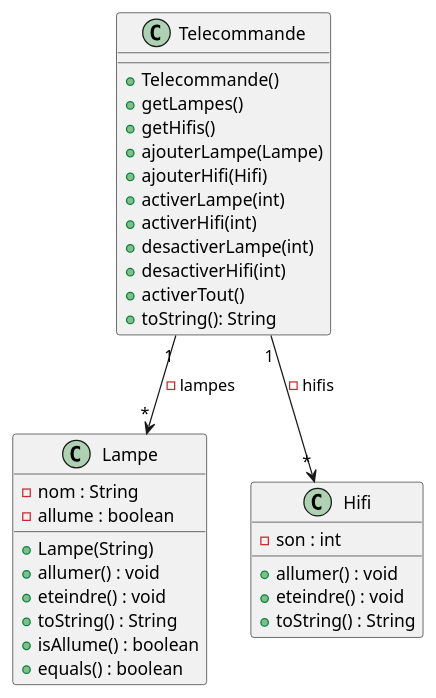
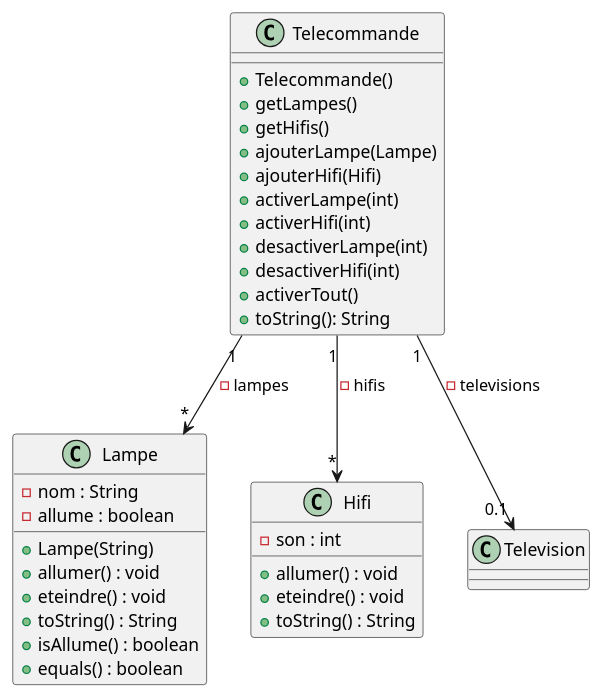
Before and after one commit to alannMonnier/2023_domotique_monnierb2u_segard6u: the diagram in domotique/domotique.puml, drawn with PlantUML.

Commit message:
modif UML

```diff
--- a/domotique/domotique.puml
+++ b/domotique/domotique.puml
@@ -1,39 +1,43 @@
 @startuml
 '''classes
 class Lampe{
 -nom : String
 -allume : boolean
 +Lampe(String)
 +allumer() : void
 +eteindre() : void
 +toString() : String
 +isAllume() : boolean
 +equals() : boolean
 }
 
 class Telecommande{
 + Telecommande()
 + getLampes()
 + getHifis()
 + ajouterLampe(Lampe)
 + ajouterHifi(Hifi)
 + activerLampe(int)
 + activerHifi(int)
 + desactiverLampe(int)
 + desactiverHifi(int)
 + activerTout()
 + toString(): String
 }
 
 class Hifi{
 -son : int
 +allumer() : void
 +eteindre() : void
 +toString() : String
 }
 
+class Television{
+
+}
+
 '''relations
 Telecommande "1" --> "*"Lampe: -lampes
 Telecommande "1" --> "*"Hifi: -hifis
-
+Telecommande "1" --> "0.1"Television: -televisions
 @enduml
```
